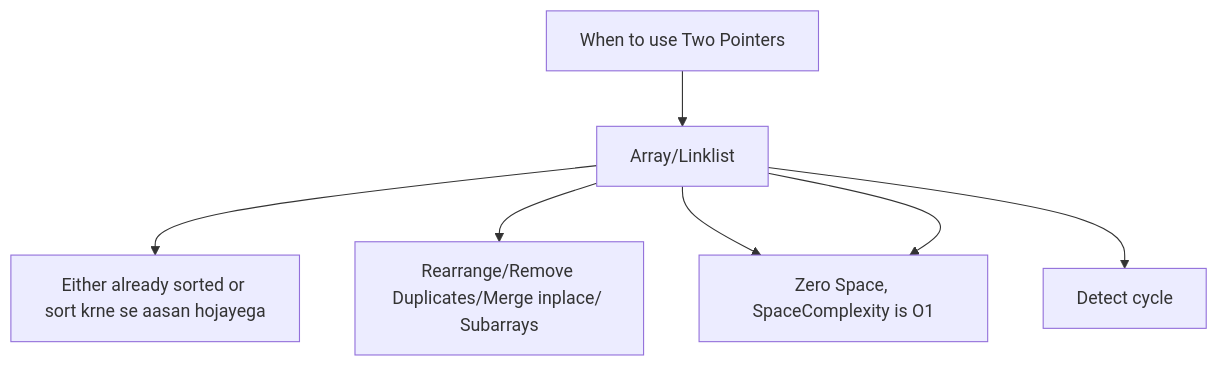
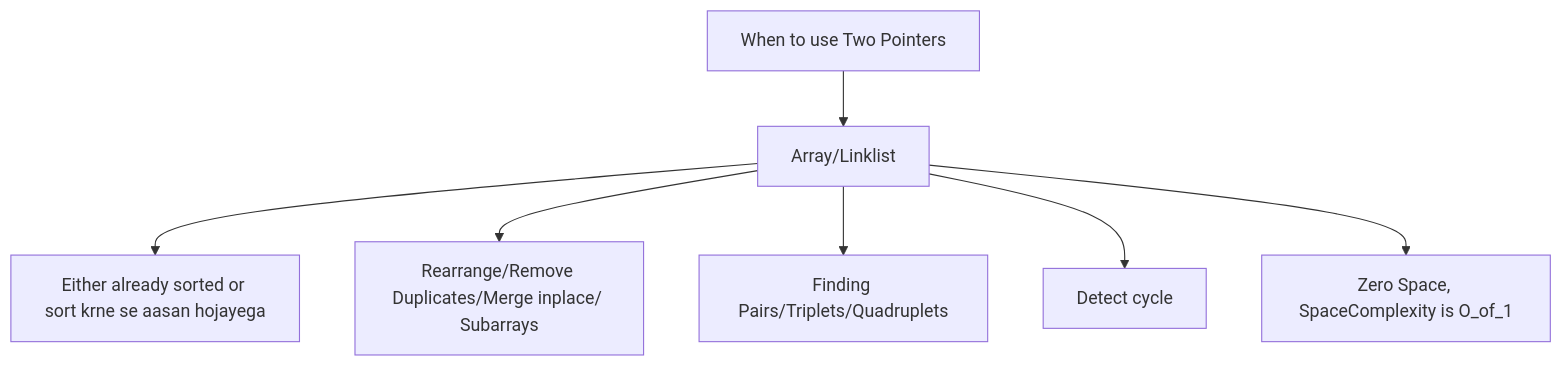
Before and after one commit to Aumkar2007/dsa-logbook: the diagram in 01/readme.md, drawn with Mermaid.

Commit message:
Update space complexity notation in readme

````diff
--- a/01/readme.md
+++ b/01/readme.md
@@ -1,9 +1,9 @@
 ```mermaid
 graph TD;
     A[When to use Two Pointers]-->B[Array/Linklist];
     B-->C[Either already sorted or sort krne se aasan hojayega];
     B-->D[Rearrange/Remove Duplicates/Merge inplace/ Subarrays];
     B-->E[Finding Pairs/Triplets/Quadruplets];
     B-->F[Detect cycle];
-    B-->E[Zero Space, SpaceComplexity is O1];
+    B-->G[Zero Space, SpaceComplexity is O_of_1];
 ```
````
